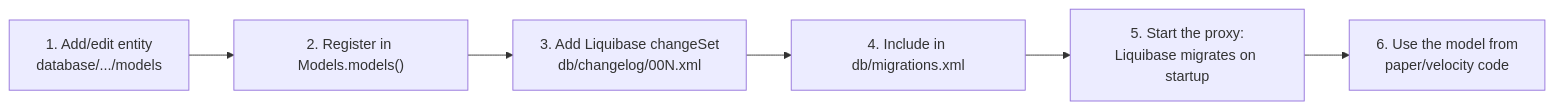
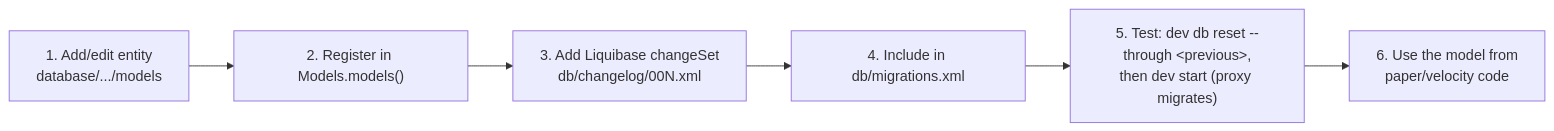
One commit to Paradisu/ParadisuPlugin changed the fourth of 8 diagrams in CONTRIBUTING.md. Above: the diagram before and after it, drawn with Mermaid. The commit also changed other lines of this file and 13 other files, not shown here.

````diff
--- a/CONTRIBUTING.md
+++ b/CONTRIBUTING.md
@@ -364,8 +123,8 @@
 ```mermaid
 flowchart LR
     A["1. Add/edit entity<br/>database/.../models"] --> B["2. Register in Models.models()"]
     B --> C["3. Add Liquibase changeSet<br/>db/changelog/00N.xml"]
     C --> D["4. Include in db/migrations.xml"]
-    D --> E["5. Start the proxy:<br/>Liquibase migrates on startup"]
+    D --> E["5. Test: dev db reset --through &lt;previous&gt;,<br/>then dev start (proxy migrates)"]
     E --> F["6. Use the model from<br/>paper/velocity code"]
 ```
````
